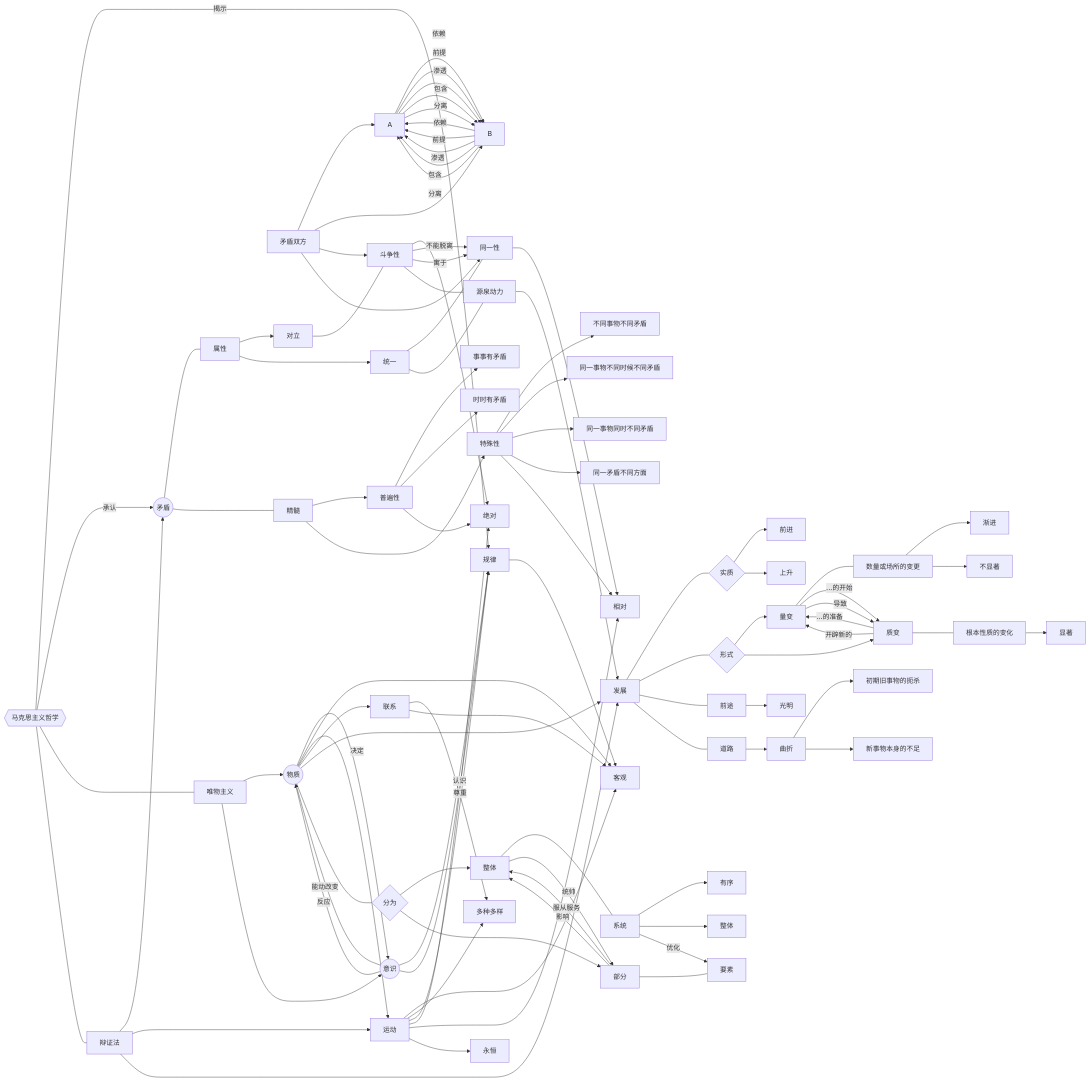
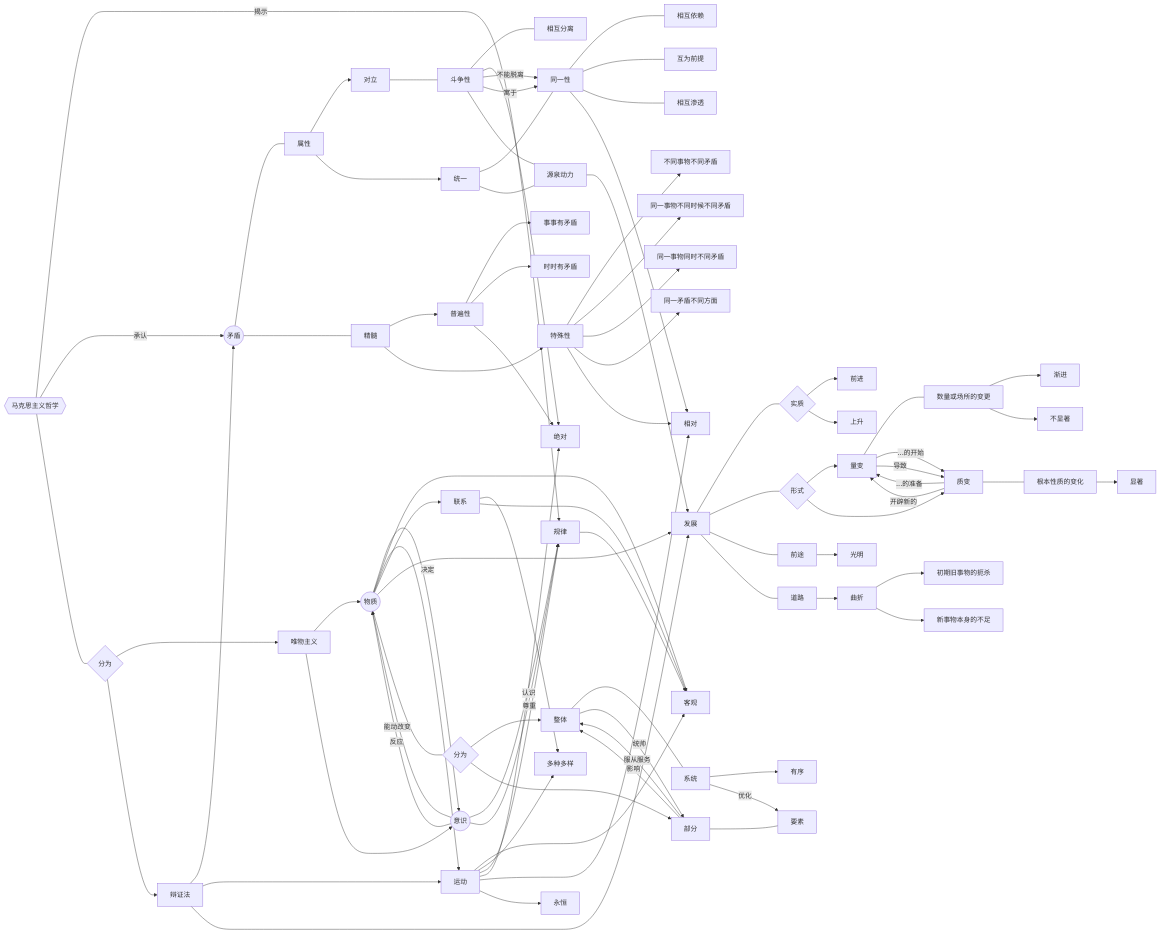
One commit to gitter-badger/FASTlearn changed the diagram in docs/art/pol/4.1.md. Above: the diagram before and after it, drawn with Mermaid.

````diff
--- a/docs/art/pol/4.1.md
+++ b/docs/art/pol/4.1.md
@@ -215,55 +215,52 @@
 ```mermaid
 graph LR
 mks{{马克思主义哲学}} --> |揭示|law
 mks --> |承认|conflict
-mks --- wwzy[唯物主义] & 2side[辩证法]
+mks --- mks1{分为} --> wwzy[唯物主义] & 2side[辩证法]
 wwzy --> thing & mind 
 2side --> conflict & run & develop
 thing((物质)) --> |决定| mind((意识))
 thing --> obj[客观] & run["运动"] & link["联系"] & develop[发展]
 develop --- deve1{实质} --> goto[前进] & up[上升]
 develop --- deve2{形式} --> ichange[量变] & lchange[质变]
 develop --- 前途 --> 光明
 develop --- 道路 --> 曲折 --> 初期旧事物的扼杀 & 新事物本身的不足
 ichange --- 数量或场所的变更 --> 渐进 & 不显著
 ichange -->|"...的开始"| lchange
 ichange -->|导致| lchange
 lchange --- 根本性质的变化 --> 显著
 lchange -->|"...的准备"| ichange
 lchange -->|开辟新的| ichange
 link --> many[多种多样] & obj
 run --> obj & many
 run --> law[规律] & is["绝对"] & cpe[相对] & ever["永恒"]
 law --> obj
 mind --> |能动改变|thing
 mind --> |反应|thing
 mind --> |认识|law
 mind --> |尊重|law
 thing --- d1{分为} --> whole & part
-whole --- system[系统] --> 有序 & 整体
+whole --- system[系统] --> 有序
 system -->|优化| key
 part --- key[要素]
 whole[整体] --> |统帅| part[部分]
 part --> |服从服务| whole
 part --> |影响| whole
-2sides[矛盾双方] --> A & B
-A -->|依赖| B -->|依赖| A -->|前提| B -->|前提| A -->|渗透| B -->|渗透| A -->|包含| B -->|包含| A -->|分离| B -->|分离| A
-2sides --> agst & same
 conflict((矛盾)) --- coninfo[属性] & conbest[精髓]
 coninfo --> opp["对立"] & uni[统一]
 conbest --> common[普遍性] & special[特殊性]
-opp --- agst[斗争性]
+opp --- agst[斗争性] --- 相互分离
 agst --> is
 agst -->|不能脱离| same
 agst -->|寓于| same
-uni --- same[同一性]
+uni --- same[同一性] --- 相互依赖 & 互为前提 & 相互渗透
 uni --- sap[源泉动力]
 same --> cpe
 agst --- sap
 sap --> develop
 common --> 事事有矛盾 & 时时有矛盾
 common --> is
 special --> 不同事物不同矛盾 & 同一事物不同时候不同矛盾 & 同一事物同时不同矛盾 & 同一矛盾不同方面
 special --> cpe
 
 ```
````
